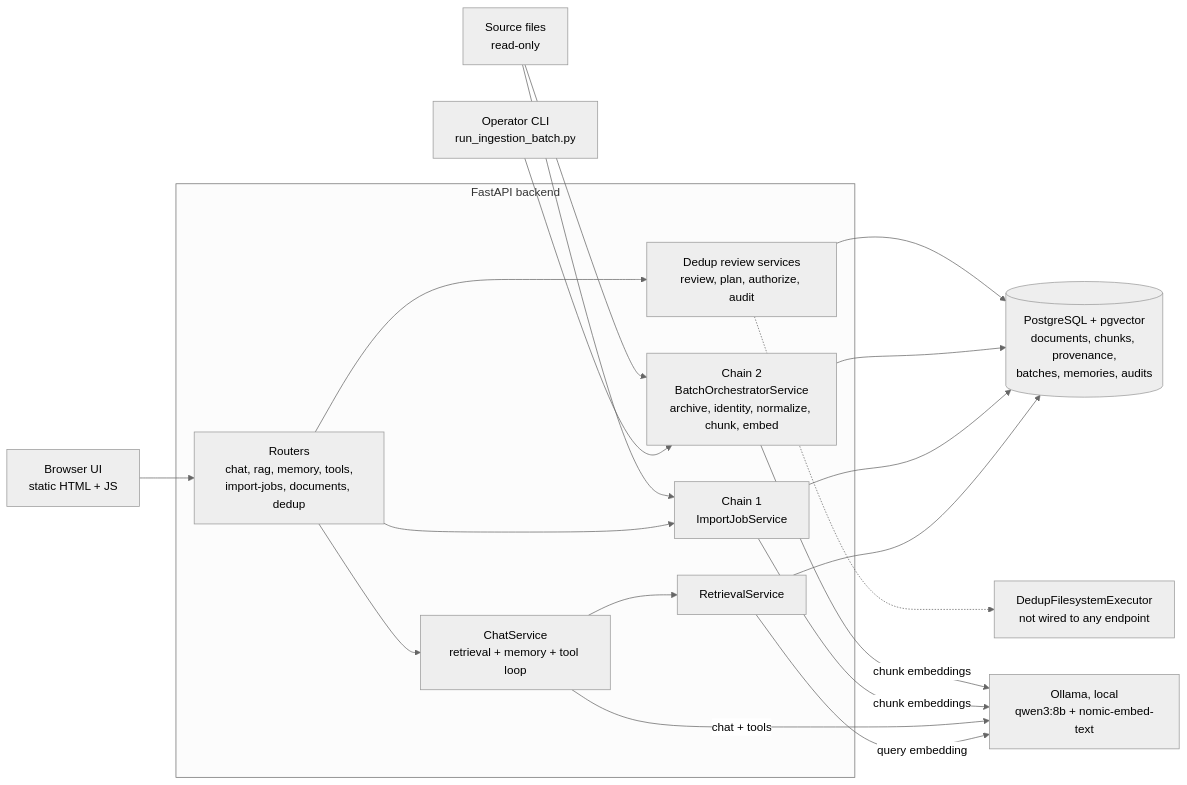
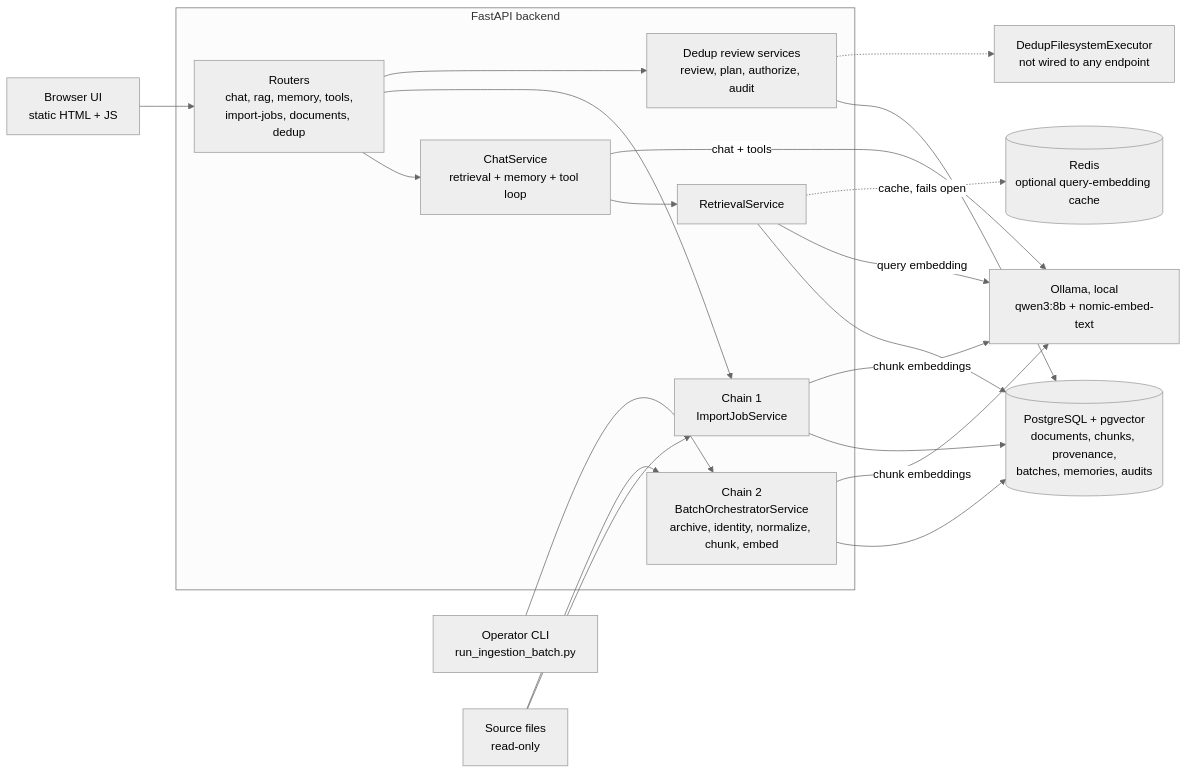
Before and after one commit to shrinivaspattar/AI_Brain: the diagram in README.md, drawn with Mermaid (neutral theme). The commit also changed other lines of this file and 6 other files, not shown here.

````diff
--- a/README.md
+++ b/README.md
@@ -39,36 +41,38 @@
 ```mermaid
 flowchart LR
   UI["Browser UI<br/>static HTML + JS"]
   CLI["Operator CLI<br/>run_ingestion_batch.py"]
   SRC["Source files<br/>read-only"]
   OL["Ollama, local<br/>qwen3:8b + nomic-embed-text"]
   PG[("PostgreSQL + pgvector<br/>documents, chunks, provenance,<br/>batches, memories, audits")]
+  RD[("Redis<br/>optional query-embedding cache")]
   EX["DedupFilesystemExecutor<br/>not wired to any endpoint"]
 
   subgraph API["FastAPI backend"]
     R["Routers<br/>chat, rag, memory, tools,<br/>import-jobs, documents, dedup"]
     CS["ChatService<br/>retrieval + memory + tool loop"]
     RS["RetrievalService"]
     C1["Chain 1<br/>ImportJobService"]
     C2["Chain 2<br/>BatchOrchestratorService<br/>archive, identity, normalize, chunk, embed"]
     KRM["Dedup review services<br/>review, plan, authorize, audit"]
   end
 
   UI --> R
   R --> CS
   CS --> RS
   RS --> PG
   RS -->|query embedding| OL
+  RS -.->|cache, fails open| RD
   CS -->|chat + tools| OL
   R --> C1
   SRC --> C1
   C1 --> PG
   C1 -->|chunk embeddings| OL
   CLI --> C2
   SRC --> C2
   C2 --> PG
   C2 -->|chunk embeddings| OL
   R --> KRM
   KRM --> PG
   KRM -.-> EX
 ```
````
